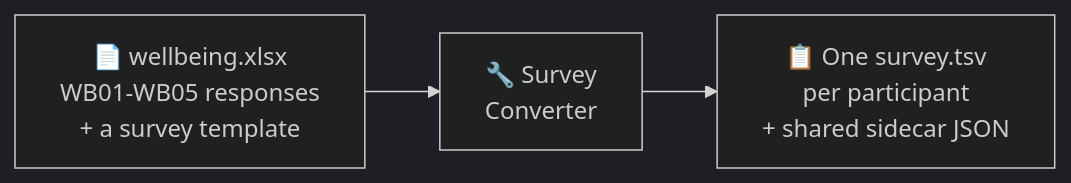
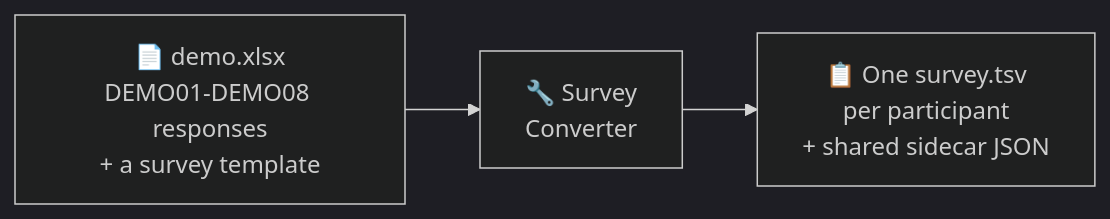
Before and after one commit to MRI-Lab-Graz/prism-studio: the diagram in docs/TUTORIAL_BEGINNER_3_SURVEY_IMPORT.md, drawn with Mermaid (dark theme). The commit also changed other lines of this file and 33 other files, not shown here.

````diff
--- a/docs/TUTORIAL_BEGINNER_3_SURVEY_IMPORT.md
+++ b/docs/TUTORIAL_BEGINNER_3_SURVEY_IMPORT.md
@@ -20,5 +20,5 @@
 ```{mermaid}
 flowchart LR
-    A["📄 wellbeing.xlsx<br/>WB01-WB05 responses<br/>+ a survey template"] --> B["🔧 Survey<br/>Converter"]
+    A["📄 demo.xlsx<br/>DEMO01-DEMO08 responses<br/>+ a survey template"] --> B["🔧 Survey<br/>Converter"]
     B --> C["📋 One survey.tsv<br/>per participant<br/>+ shared sidecar JSON"]
 ```
````
